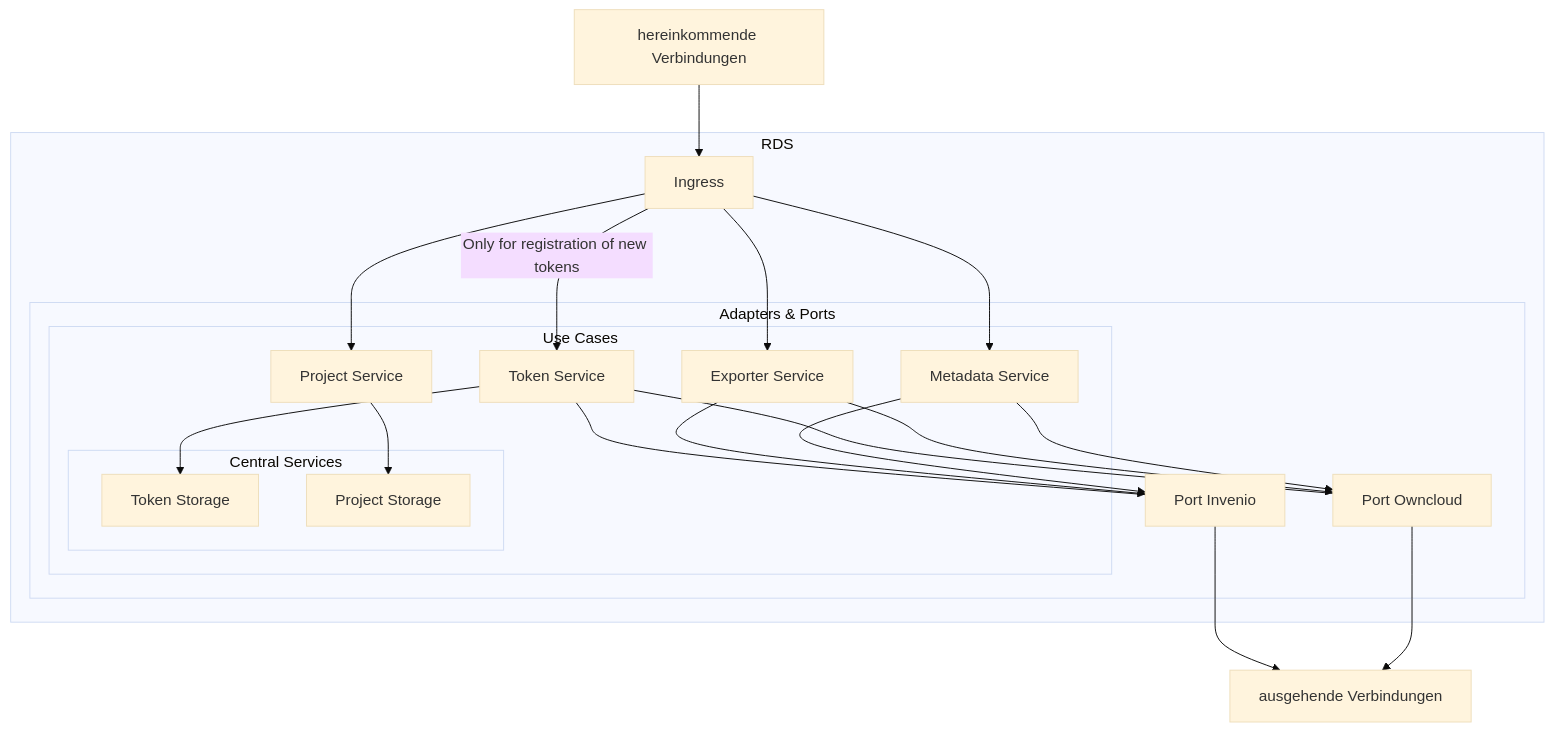
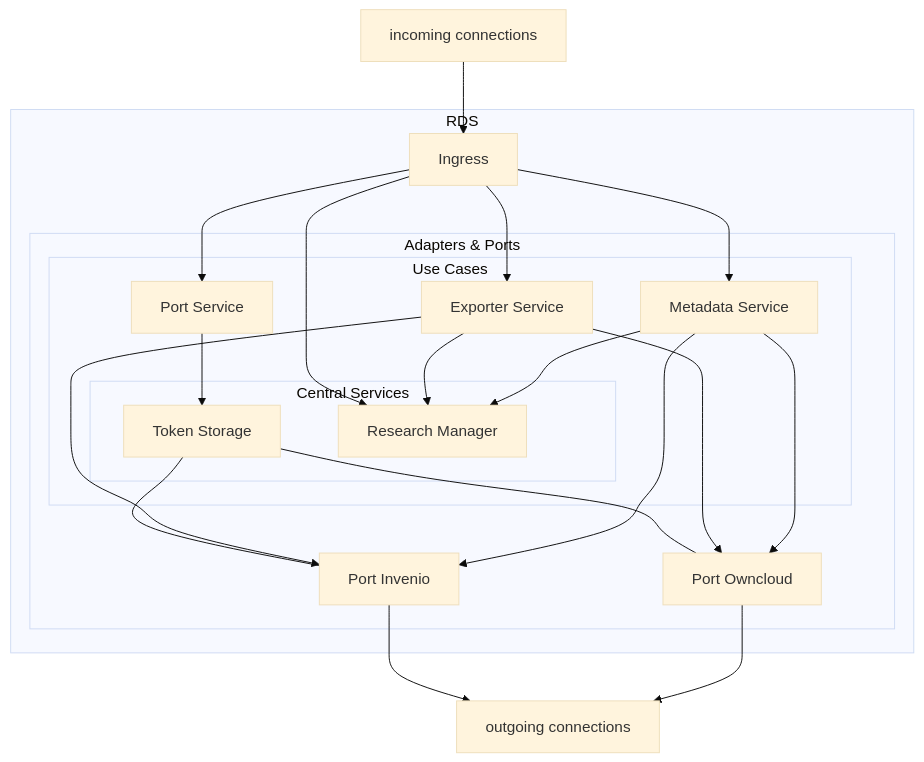
One commit to Sciebo-RDS/Sciebo-RDS changed the diagram in docs/content/doc/impl/infrastructure/ecosystem.md. Above: the diagram before and after it, drawn with Mermaid (base theme). The commit also changed other lines of this file and 31 other files, not shown here.

````diff
--- a/docs/content/doc/impl/infrastructure/ecosystem.md
+++ b/docs/content/doc/impl/infrastructure/ecosystem.md
@@ -16,62 +18,62 @@
 ```mermaid
 graph TD;
   %% define nodes
 
-  WWWI[hereinkommende Verbindungen]
+  WWWI[incoming connections]
 
   subgraph RDS
     Ingress
 
     subgraph Adapters & Ports
       %% SPAEx[SPA Exporter]
       %% SPATS[SPA Token Storage]
 
       PInvenio[Port Invenio]
       POwncloud[Port Owncloud]
 
       subgraph Use Cases
         UCExporter[Exporter Service]
-        UCToken[Token Service]
+        UCPort[Port Service]
         UCMetadata[Metadata Service]
-        UCProject[Project Service]
+        %% UCProject[Project Service]
 
         subgraph Central Services
           CSToken[Token Storage]
-          CSProject[Project Storage]
+          CSProject[Research Manager]
         end
       end
     end
   end
 
-  WWWO[ausgehende Verbindungen]
+  WWWO[outgoing connections]
 
-  click SPAEx "/doc/impl/adapters/spa-exporter/"
-  click SPATS "/doc/impl/adapters/spa-token-storage"
-  click UCExporter "/doc/impl/use-cases/exporter"
-  click UCToken "/doc/impl/use-cases/port-service"
-  click CSToken "/doc/impl/central/token-storage"
-  click CSProject "/doc/impl/central/research-manager"
   click PInvenio "/doc/impl/ports/port-invenio"
   click POwncloud "/doc/impl/ports/port-storage"
+
+  click UCPort "/doc/impl/use-cases/port-service"
+  click UCExporter "/doc/impl/use-cases/exporter"
+  click UCMetadata "/doc/impl/use-cases/metadata"
+
+  click CSProject "/doc/impl/central/research-manager"
+  click CSToken ""/doc/impl/central/token-storage""
 
   %% define connections
   WWWI --> Ingress
 
   %% Ingress --> SPAEx --> UCExporter
   %% Ingress --> SPATS --> CSToken
-  Ingress -->|Only for registration of new tokens| UCToken
-  Ingress --> UCProject & UCExporter & UCMetadata
+  %% Ingress -->|Nur für die Registration von neuen Tokens| ARegister
+  Ingress --> CSProject & UCExporter & UCMetadata & UCPort
 
   %% UCExporter --> UCProject
-  UCProject --> CSProject
+  %% UCProject --> CSProject
+  UCPort --> CSToken
 
-  UCToken --> CSToken
-
-  UCToken --- PInvenio & POwncloud
-  UCExporter & UCMetadata --> PInvenio & POwncloud
+  CSToken --- PInvenio & POwncloud
+  UCExporter & UCMetadata --> PInvenio & POwncloud & CSProject
 
   %% PInvenio --> POwncloud
 
   PInvenio --> WWWO
   POwncloud --> WWWO
 ```
````
